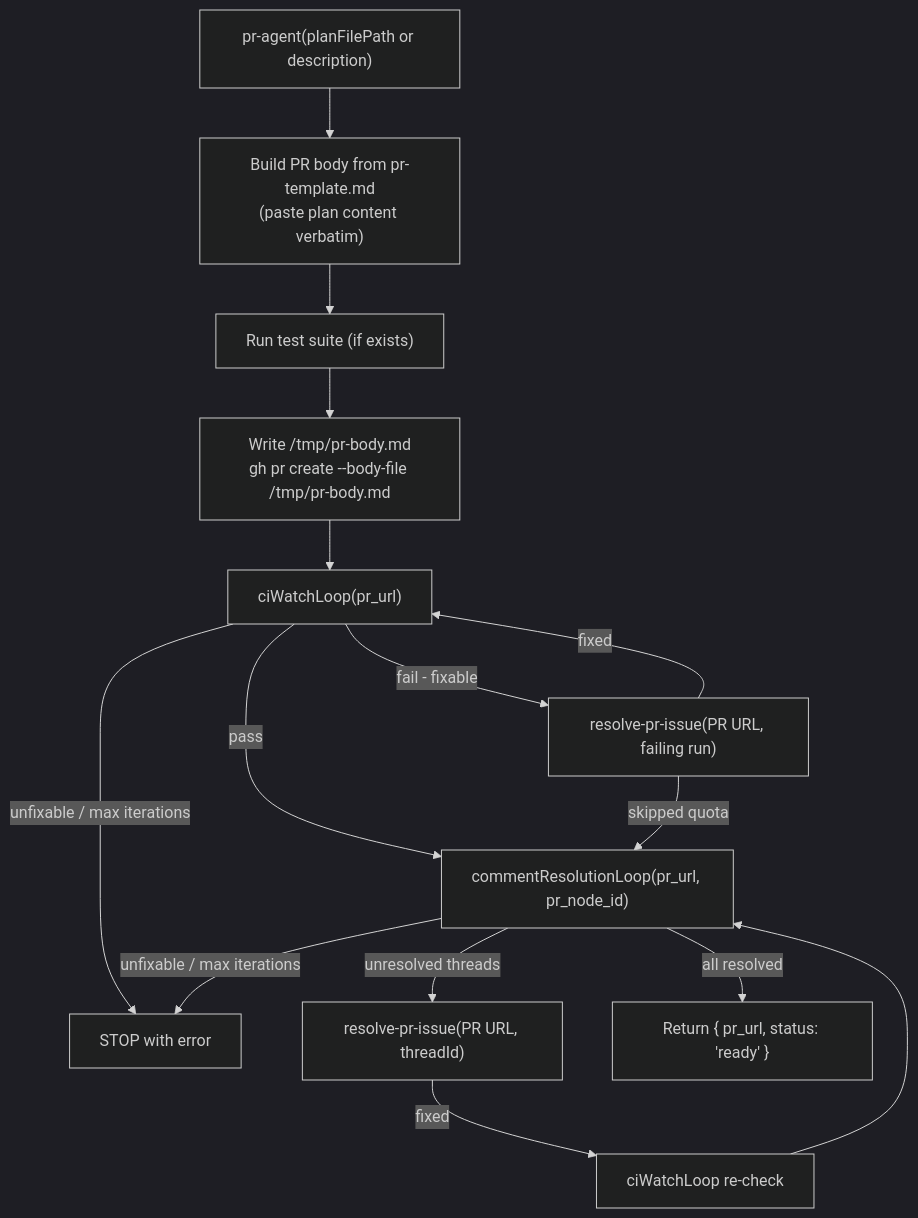
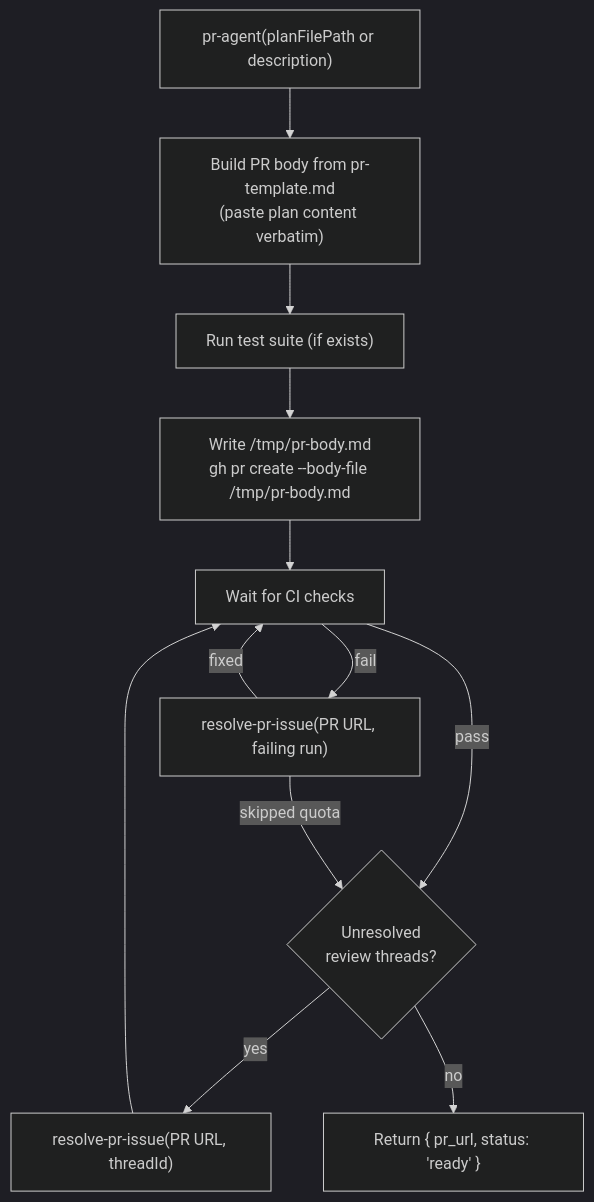
One commit to lewibs/dark-factory changed the diagram in docs/docs/open-pr.md. Above: the diagram before and after it, drawn with Mermaid (dark theme). The commit also changed other lines of this file and 5 other files, not shown here.

````diff
--- a/docs/docs/open-pr.md
+++ b/docs/docs/open-pr.md
@@ -13,17 +13,14 @@
 ```mermaid
 flowchart TD
   Input["pr-agent(planFilePath or description)"] --> BuildBody["Build PR body from pr-template.md\n(paste plan content verbatim)"]
   BuildBody --> RunTests["Run test suite (if exists)"]
   RunTests --> OpenPR["Write /tmp/pr-body.md\ngh pr create --body-file /tmp/pr-body.md"]
-  OpenPR --> CILoop["ciWatchLoop(pr_url)"]
-  CILoop -->|pass| CommentLoop["commentResolutionLoop(pr_url, pr_node_id)"]
-  CILoop -->|fail - fixable| ResolvCI["resolve-pr-issue(PR URL, failing run)"]
-  ResolvCI -->|fixed| CILoop
-  ResolvCI -->|skipped quota| CommentLoop
-  CILoop -->|unfixable / max iterations| Error["STOP with error"]
-  CommentLoop -->|unresolved threads| ResolvThread["resolve-pr-issue(PR URL, threadId)"]
-  ResolvThread -->|fixed| CILoop2["ciWatchLoop re-check"]
-  CILoop2 --> CommentLoop
-  CommentLoop -->|unfixable / max iterations| Error
-  CommentLoop -->|all resolved| Done["Return { pr_url, status: 'ready' }"]
+  OpenPR --> WatchCI["Wait for CI checks"]
+  WatchCI -->|pass| ReviewThreads{Unresolved\nreview threads?}
+  WatchCI -->|fail| ResolvCI["resolve-pr-issue(PR URL, failing run)"]
+  ResolvCI -->|fixed| WatchCI
+  ResolvCI -->|skipped quota| ReviewThreads
+  ReviewThreads -->|yes| ResolvThread["resolve-pr-issue(PR URL, threadId)"]
+  ResolvThread --> WatchCI
+  ReviewThreads -->|no| Done["Return { pr_url, status: 'ready' }"]
 ```
````
